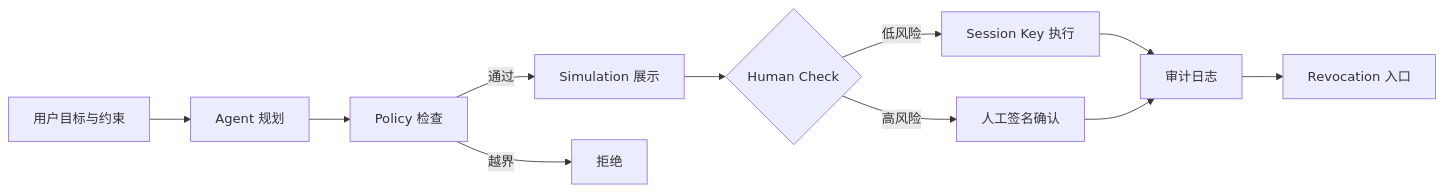
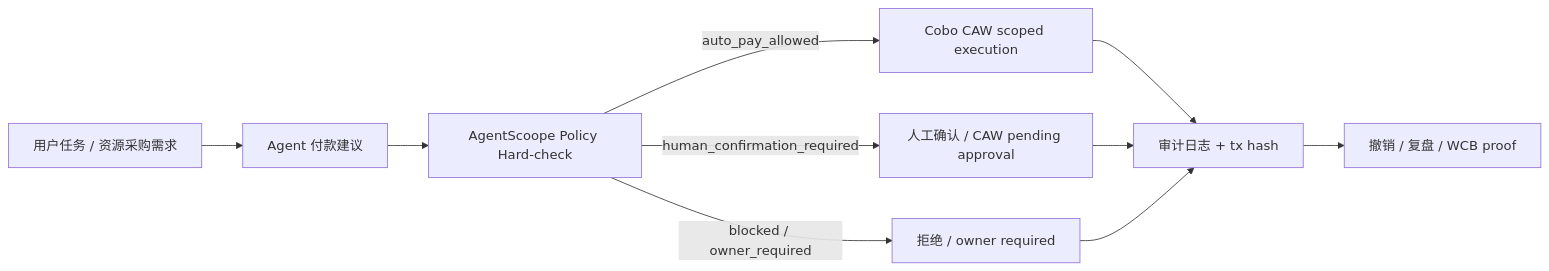
Before and after one commit to baikingrio/ai-web3-school-note: the diagram in hackathon/agent-wallet-permissions-brief.md, drawn with Mermaid. The commit also changed other lines of this file and 6 other files, not shown here.

````diff
--- a/hackathon/agent-wallet-permissions-brief.md
+++ b/hackathon/agent-wallet-permissions-brief.md
@@ -37,13 +59,12 @@
 ```mermaid
 flowchart LR
-  U[用户目标与约束] --> A[Agent 规划]
-  A --> P[Policy 检查]
-  P -->|通过| S[Simulation 展示]
-  P -->|越界| X[拒绝]
-  S --> H{Human Check}
-  H -->|低风险| E[Session Key 执行]
-  H -->|高风险| M[人工签名确认]
-  E --> L[审计日志]
-  M --> L
-  L --> R[Revocation 入口]
+  U[用户任务 / 资源采购需求] --> A[Agent 付款建议]
+  A --> P[AgentScoope Policy Hard-check]
+  P -->|auto_pay_allowed| C[Cobo CAW scoped execution]
+  P -->|human_confirmation_required| H[人工确认 / CAW pending approval]
+  P -->|blocked / owner_required| X[拒绝 / owner required]
+  C --> L[审计日志 + tx hash]
+  H --> L
+  X --> L
+  L --> R[撤销 / 复盘 / WCB proof]
 ```
````
